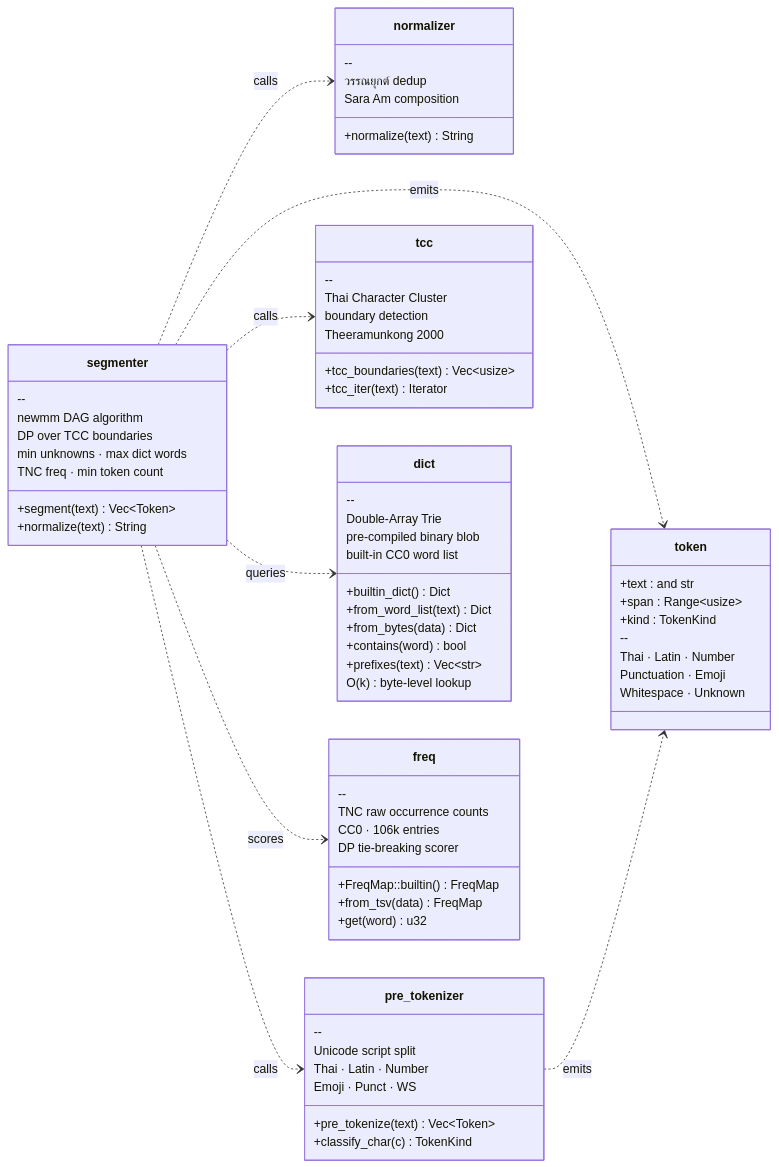
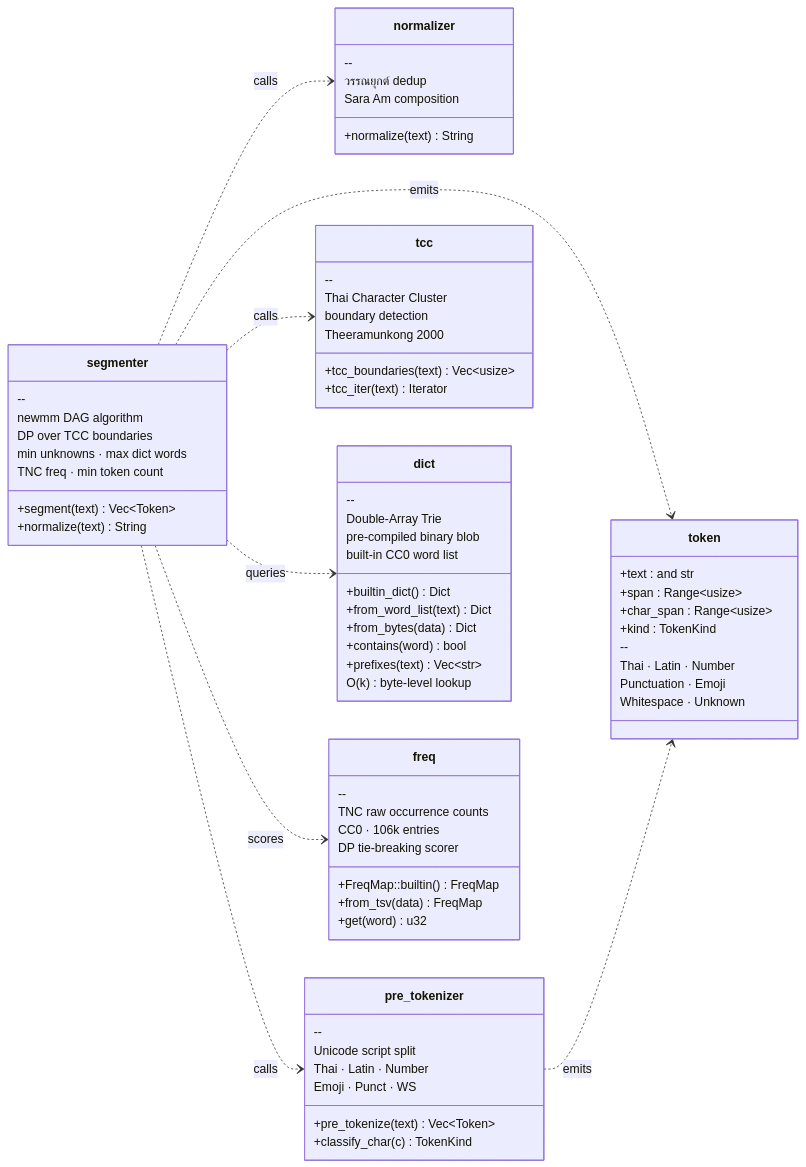
Before and after one commit to preedep/kham: the second of 6 diagrams in README.md, drawn with Mermaid. The commit also changed other lines of this file and 7 other files, not shown here.

First line of the commit message:
Add `char_span` to Token structure for character-level span support

````diff
--- a/README.md
+++ b/README.md
@@ -206,80 +286,81 @@
 ```mermaid
 classDiagram
     direction LR
 
     class normalizer {
         +normalize(text) String
         --
         วรรณยุกต์ dedup
         Sara Am composition
     }
 
     class pre_tokenizer {
         +pre_tokenize(text) Vec~Token~
         +classify_char(c) TokenKind
         --
         Unicode script split
         Thai · Latin · Number
         Emoji · Punct · WS
     }
 
     class tcc {
         +tcc_boundaries(text) Vec~usize~
         +tcc_iter(text) Iterator
         --
         Thai Character Cluster
         boundary detection
         Theeramunkong 2000
     }
 
     class dict {
         +builtin_dict() Dict
         +from_word_list(text) Dict
         +from_bytes(data) Dict
         +contains(word) bool
         +prefixes(text) Vec~str~
         --
         Double-Array Trie
         O(k) byte-level lookup
         pre-compiled binary blob
         built-in CC0 word list
     }
 
     class freq {
         +FreqMap::builtin() FreqMap
         +from_tsv(data) FreqMap
         +get(word) u32
         --
         TNC raw occurrence counts
         CC0 · 106k entries
         DP tie-breaking scorer
     }
 
     class segmenter {
         +segment(text) Vec~Token~
         +normalize(text) String
         --
         newmm DAG algorithm
         DP over TCC boundaries
         min unknowns · max dict words
         TNC freq · min token count
     }
 
     class token {
         +text : and str
         +span : Range~usize~
+        +char_span : Range~usize~
         +kind : TokenKind
         --
         Thai · Latin · Number
         Punctuation · Emoji
         Whitespace · Unknown
     }
 
     segmenter ..> normalizer : calls
     segmenter ..> pre_tokenizer : calls
     segmenter ..> tcc : calls
     segmenter ..> dict : queries
     segmenter ..> freq : scores
     segmenter ..> token : emits
     pre_tokenizer ..> token : emits
 ```
````
